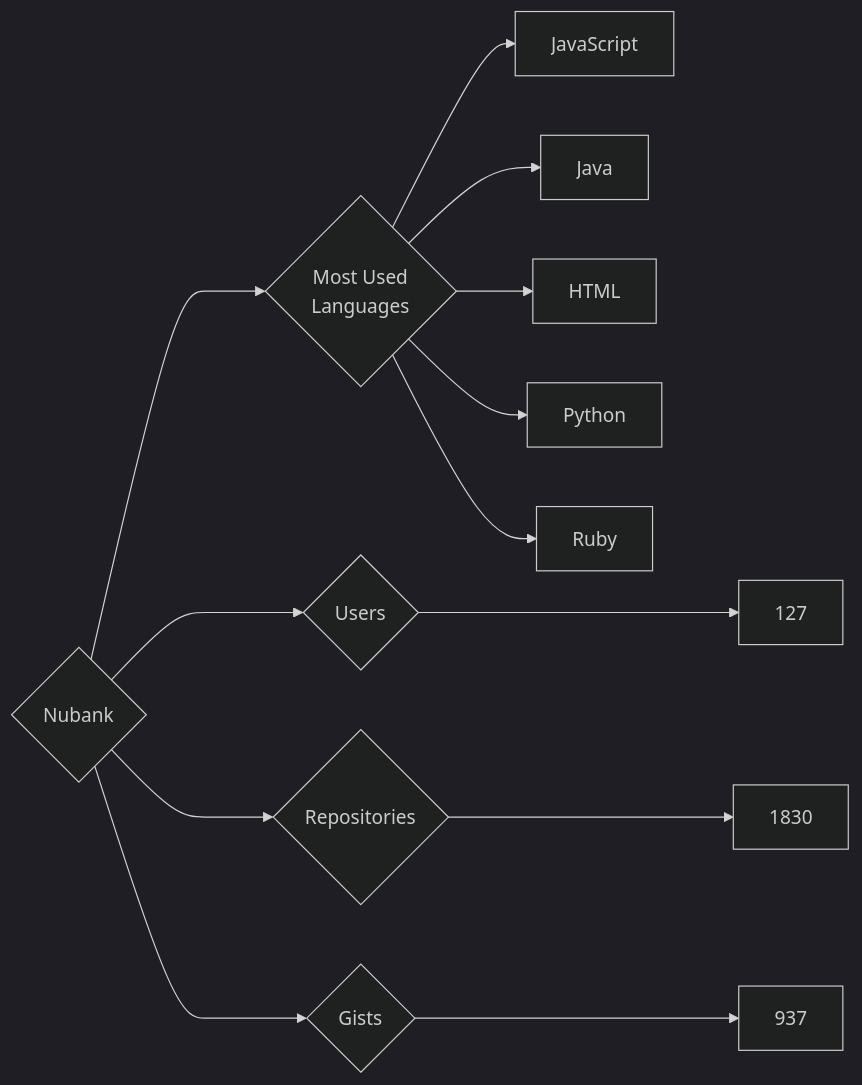
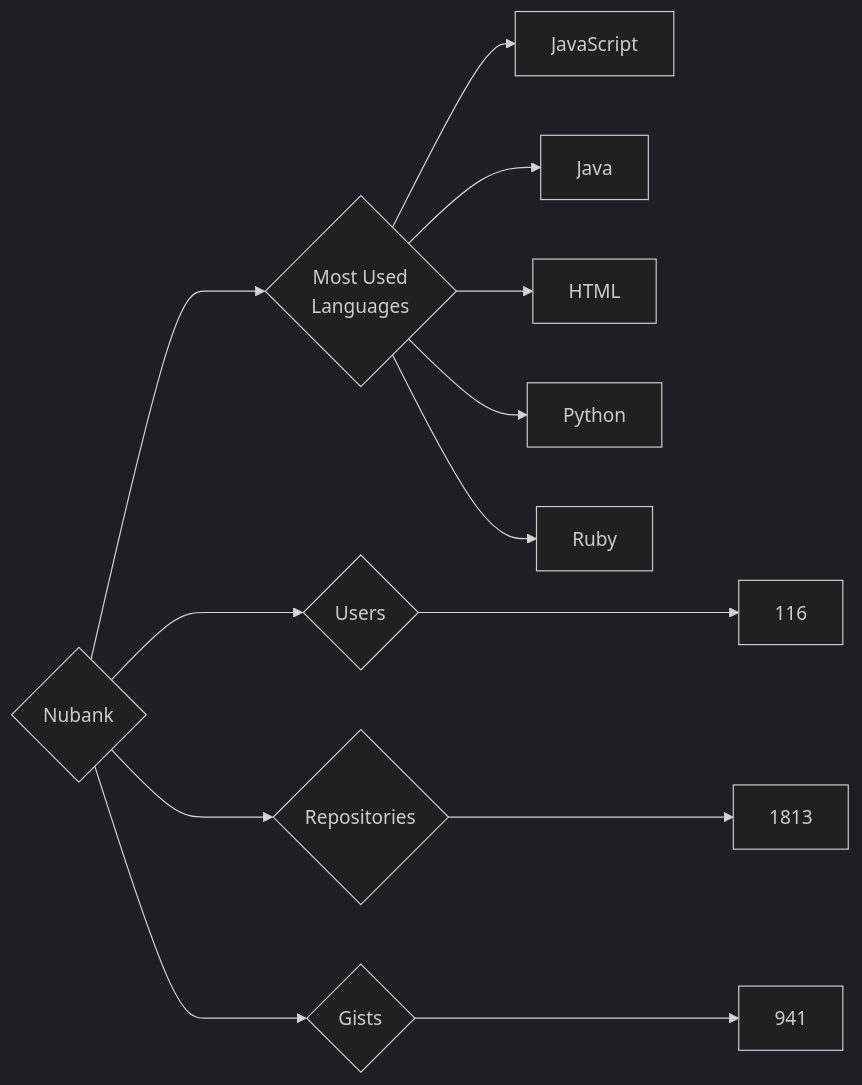
One commit to trickest/insiders changed the diagram in targets/Nubank/README.md. Above: the diagram before and after it, drawn with Mermaid (dark theme). The commit also changed 965 other files, not shown here.

````diff
--- a/targets/Nubank/README.md
+++ b/targets/Nubank/README.md
@@ -3,13 +3,13 @@
 ```mermaid
 graph LR
 COMPANY_NAME{Nubank}
-COMPANY_NAME ---> U{Users} ---> UN[127]
-COMPANY_NAME ---> R{Repositories} ---> RN[1830]
-COMPANY_NAME ---> G{Gists} ---> GN[937]
+COMPANY_NAME ---> U{Users} ---> UN[116]
+COMPANY_NAME ---> R{Repositories} ---> RN[1813]
+COMPANY_NAME ---> G{Gists} ---> GN[941]
 COMPANY_NAME ---> ML{Most Used<br>Languages}
 ML --> JavaScript[JavaScript]
 ML --> Java[Java]
 ML --> HTML[HTML]
 ML --> Python[Python]
 ML --> Ruby[Ruby]
 ```
````
